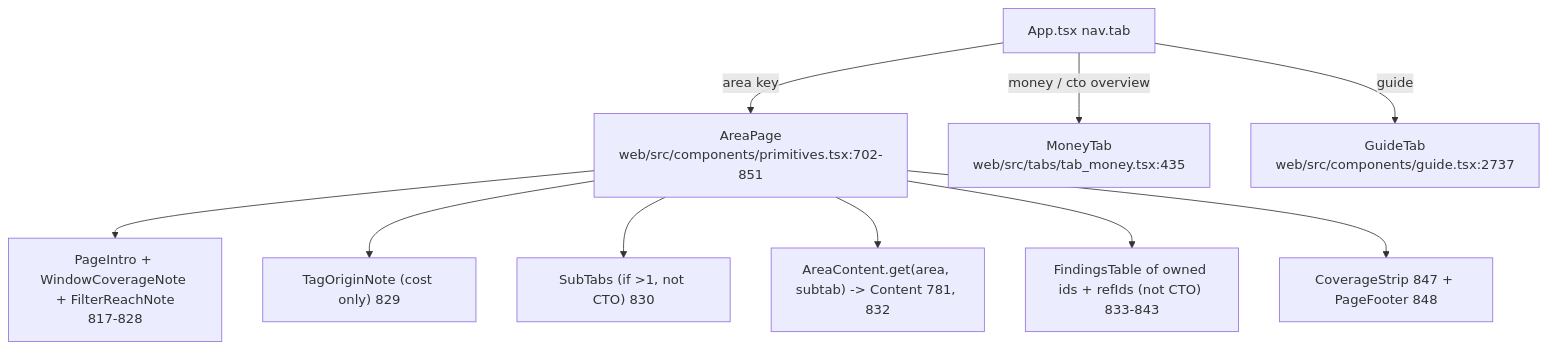
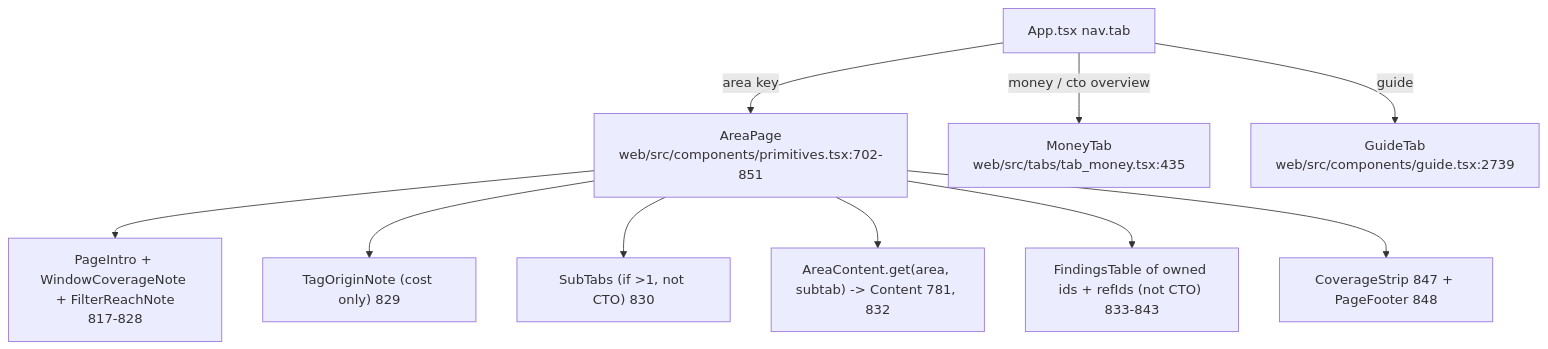
Before and after one commit to darshanmeel/databricks-audit-app: the diagram in databricks-audit-app-knowledge-graph/modules/ui_screens.md, drawn with Mermaid. The commit also changed other lines of this file and 43 other files, not shown here.

Commit message:
Graph updated for the Data usage Catalogs and Schemas sub-tabs: 8,356 nodes and 23,475 edges

````diff
--- a/databricks-audit-app-knowledge-graph/modules/ui_screens.md
+++ b/databricks-audit-app-knowledge-graph/modules/ui_screens.md
@@ -5,12 +5,12 @@
 ```mermaid
 flowchart TD
   APP["App.tsx nav.tab"] -->|area key| AP["AreaPage<br/>web/src/components/primitives.tsx:702-851"]
   APP -->|money / cto overview| MONEY["MoneyTab<br/>web/src/tabs/tab_money.tsx:435"]
-  APP -->|guide| GUIDE["GuideTab<br/>web/src/components/guide.tsx:2737"]
+  APP -->|guide| GUIDE["GuideTab<br/>web/src/components/guide.tsx:2739"]
   AP --> INTRO["PageIntro + WindowCoverageNote + FilterReachNote<br/>817-828"]
   AP --> TON["TagOriginNote (cost only) 829"]
   AP --> SUB["SubTabs (if >1, not CTO) 830"]
   AP --> CONTENT["AreaContent.get(area, subtab) -> Content 781, 832"]
   AP --> TABLE["FindingsTable of owned ids + refIds (not CTO) 833-843"]
   AP --> STRIP["CoverageStrip 847 + PageFooter 848"]
 ```
````
